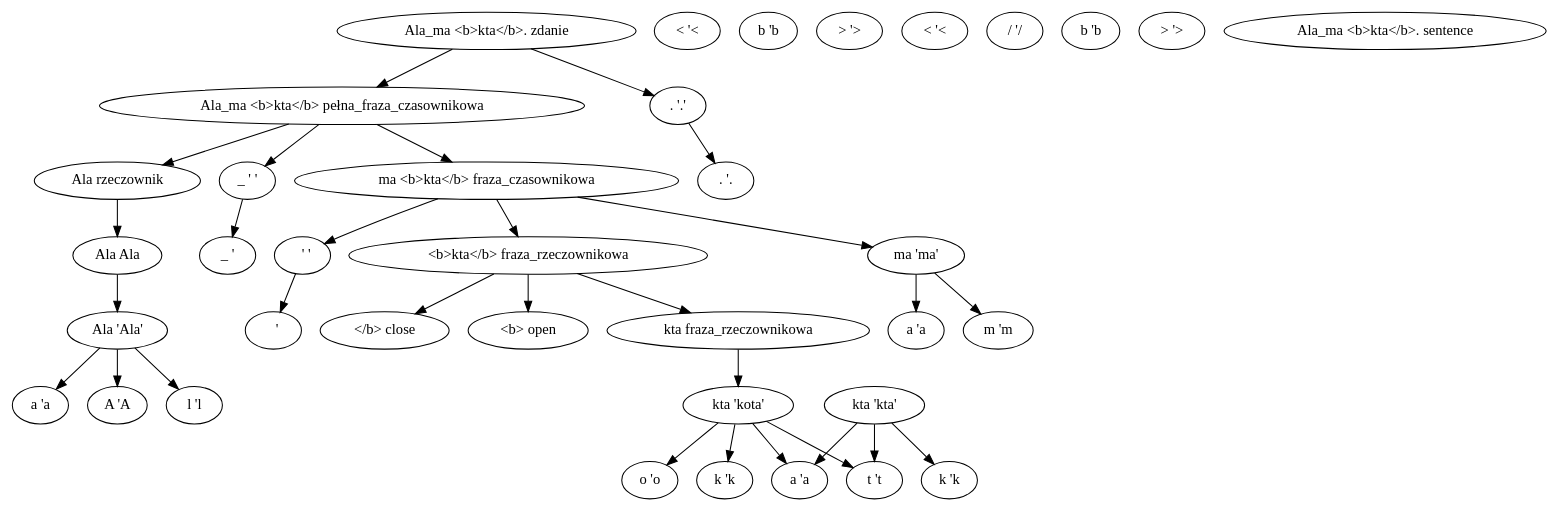
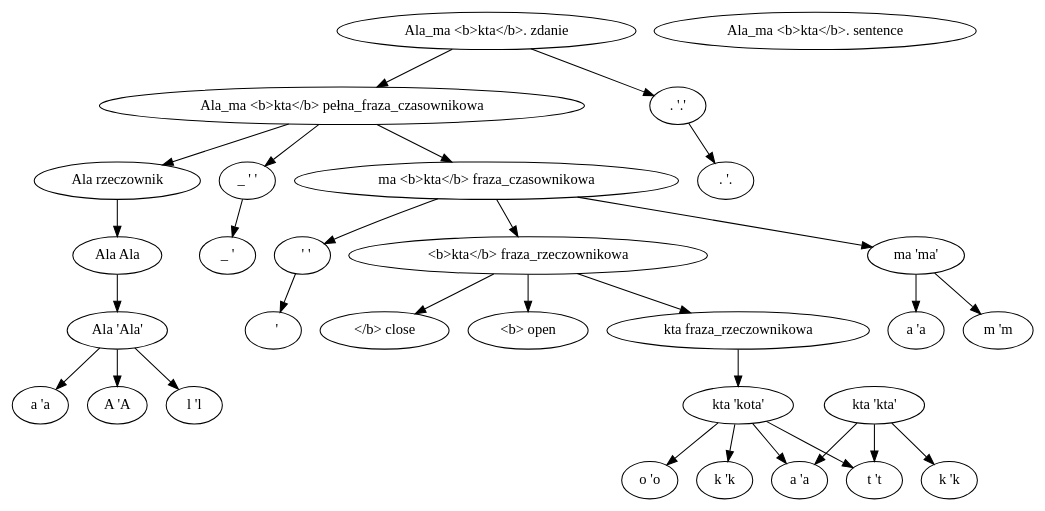
Before and after one commit to manicki/psi-toolkit: the diagram in formats/dot/m/tree/pl_sample_nocomments.out.dot, drawn with Graphviz. The commit also changed 7 other files, not shown here.

```diff
--- a/formats/dot/m/tree/pl_sample_nocomments.out.dot
+++ b/formats/dot/m/tree/pl_sample_nocomments.out.dot
@@ -1,69 +1,62 @@
 digraph G {
 rankdir=TB
 1 [label="A 'A"]
 2 [label="l 'l"]
 3 [label="a 'a"]
 4 [label="Ala 'Ala'"]
 4 -> 1
 4 -> 2
 4 -> 3
 5 [label="Ala Ala"]
 5 -> 4
 6 [label="Ala rzeczownik"]
 6 -> 5
 7 [label="_ ' "]
 8 [label="_ ' '"]
 8 -> 7
 9 [label="m 'm"]
 10 [label="a 'a"]
 11 [label="ma 'ma'"]
 11 -> 9
 11 -> 10
 12 [label="&nbsp; ' "]
 13 [label="&nbsp; ' '"]
 13 -> 12
-14 [label="< '<"]
-15 [label="b 'b"]
-16 [label="> '>"]
-17 [label="<b> open"]
-18 [label="k 'k"]
-19 [label="k 'k"]
-20 [label="o 'o"]
-21 [label="t 't"]
-22 [label="a 'a"]
-23 [label="kta 'kta'"]
-23 -> 19
-23 -> 21
-23 -> 22
-24 [label="kta 'kota'"]
-24 -> 18
-24 -> 20
-24 -> 21
+14 [label="<b> open"]
+15 [label="k 'k"]
+16 [label="k 'k"]
+17 [label="o 'o"]
+18 [label="t 't"]
+19 [label="a 'a"]
+20 [label="kta 'kta'"]
+20 -> 16
+20 -> 18
+20 -> 19
+21 [label="kta 'kota'"]
+21 -> 15
+21 -> 17
+21 -> 18
+21 -> 19
+22 [label="kta fraza_rzeczownikowa"]
+22 -> 21
+23 [label="</b> close"]
+24 [label="<b>kta</b> fraza_rzeczownikowa"]
+24 -> 14
 24 -> 22
-25 [label="kta fraza_rzeczownikowa"]
+24 -> 23
+25 [label="ma&nbsp;<b>kta</b> fraza_czasownikowa"]
+25 -> 11
+25 -> 13
 25 -> 24
-26 [label="< '<"]
-27 [label="/ '/"]
-28 [label="b 'b"]
-29 [label="> '>"]
-30 [label="</b> close"]
-31 [label="<b>kta</b> fraza_rzeczownikowa"]
-31 -> 17
-31 -> 25
-31 -> 30
-32 [label="ma&nbsp;<b>kta</b> fraza_czasownikowa"]
-32 -> 11
-32 -> 13
-32 -> 31
-33 [label="Ala_ma&nbsp;<b>kta</b> pełna_fraza_czasownikowa"]
-33 -> 6
-33 -> 8
-33 -> 32
-34 [label=". '."]
-35 [label=". '.'"]
-35 -> 34
-36 [label="Ala_ma&nbsp;<b>kta</b>. sentence"]
-37 [label="Ala_ma&nbsp;<b>kta</b>. zdanie"]
-37 -> 33
-37 -> 35
+26 [label="Ala_ma&nbsp;<b>kta</b> pełna_fraza_czasownikowa"]
+26 -> 6
+26 -> 8
+26 -> 25
+27 [label=". '."]
+28 [label=". '.'"]
+28 -> 27
+29 [label="Ala_ma&nbsp;<b>kta</b>. sentence"]
+30 [label="Ala_ma&nbsp;<b>kta</b>. zdanie"]
+30 -> 26
+30 -> 28
 }
```
